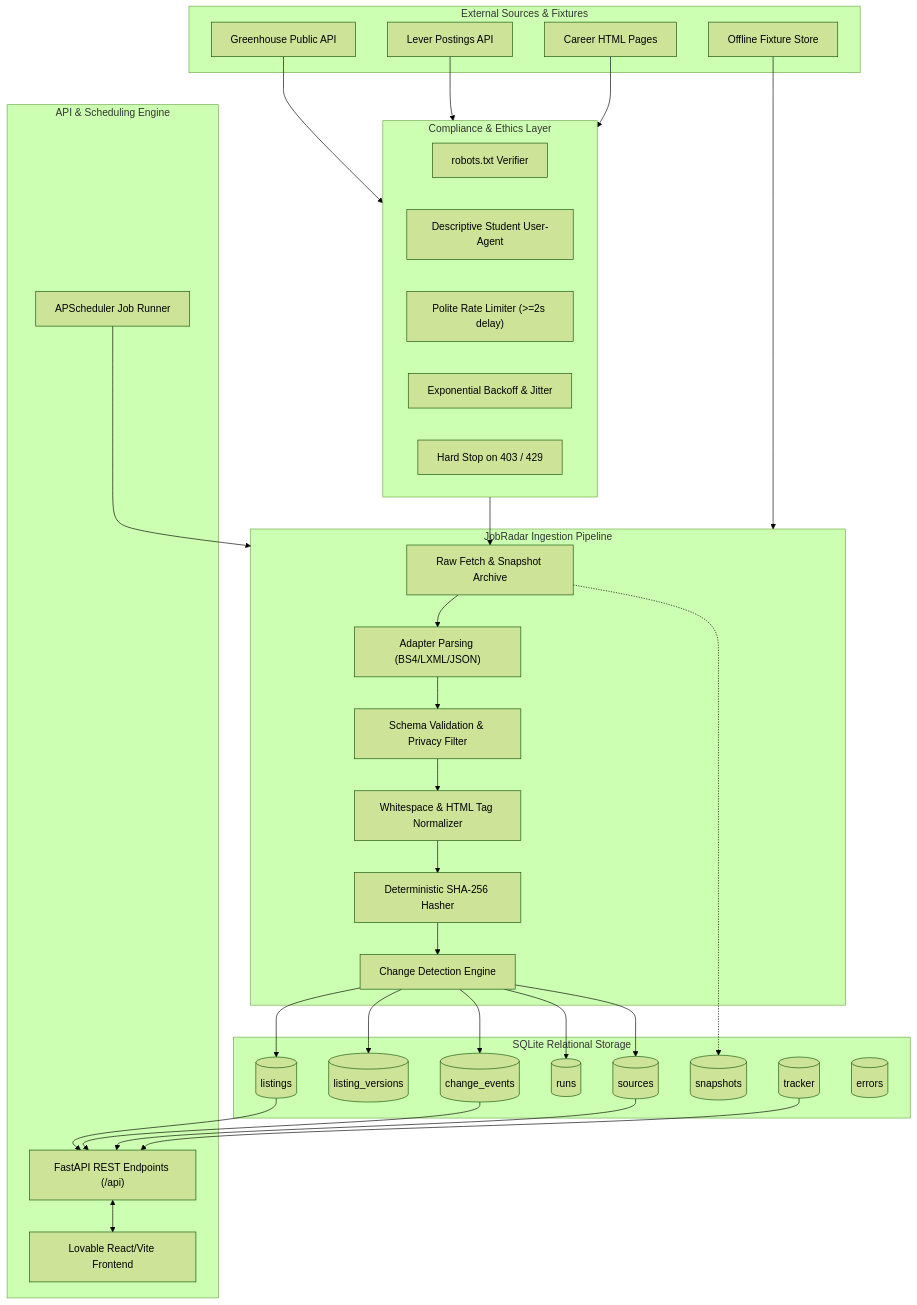
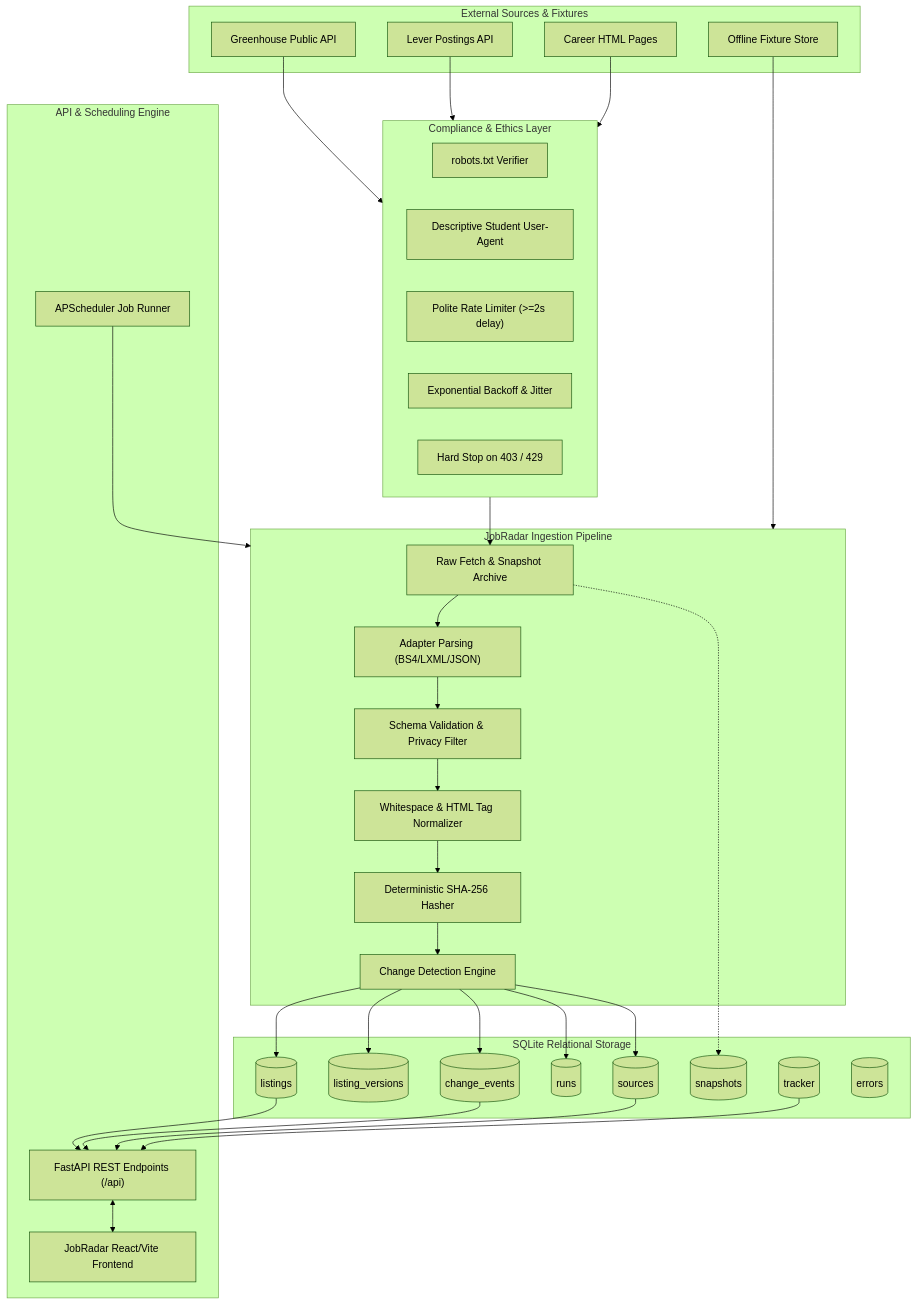
One commit to KARTHICK-3056/JobRadar changed the diagram in README.md. Above: the diagram before and after it, drawn with Mermaid (forest theme). The commit also changed other lines of this file and 39 other files, not shown here.

Commit message:
chore: remove all lovable and hireline branding, add custom JobRadar favicons and metadata

````diff
--- a/README.md
+++ b/README.md
@@ -11,65 +11,65 @@
 ```mermaid
 flowchart TD
     subgraph Upstream["External Sources & Fixtures"]
         GH["Greenhouse Public API"]
         LEV["Lever Postings API"]
         HTML["Career HTML Pages"]
         FIX["Offline Fixture Store"]
     end
 
     subgraph Compliance["Compliance & Ethics Layer"]
         RP["robots.txt Verifier"]
         UA["Descriptive Student User-Agent"]
         RL["Polite Rate Limiter (>=2s delay)"]
         BO["Exponential Backoff & Jitter"]
         STOP["Hard Stop on 403 / 429"]
     end
 
     subgraph Pipeline["JobRadar Ingestion Pipeline"]
         FETCH["Raw Fetch & Snapshot Archive"]
         PARSE["Adapter Parsing (BS4/LXML/JSON)"]
         VAL["Schema Validation & Privacy Filter"]
         NORM["Whitespace & HTML Tag Normalizer"]
         HASH["Deterministic SHA-256 Hasher"]
         DIFF["Change Detection Engine"]
     end
 
     subgraph Storage["SQLite Relational Storage"]
         DB_SOURCES[("sources")]
         DB_RUNS[("runs")]
         DB_SNAPS[("snapshots")]
         DB_LISTINGS[("listings")]
         DB_VERSIONS[("listing_versions")]
         DB_EVENTS[("change_events")]
         DB_TRACKER[("tracker")]
         DB_ERRORS[("errors")]
     end
 
     subgraph Delivery["API & Scheduling Engine"]
         SCHED["APScheduler Job Runner"]
         API["FastAPI REST Endpoints (/api)"]
-        UI["Lovable React/Vite Frontend"]
+        UI["JobRadar React/Vite Frontend"]
     end
 
     GH --> Compliance
     LEV --> Compliance
     HTML --> Compliance
     FIX --> Pipeline
 
     Compliance --> FETCH
     FETCH --> PARSE --> VAL --> NORM --> HASH --> DIFF
 
     FETCH -.-> DB_SNAPS
     DIFF --> DB_LISTINGS
     DIFF --> DB_VERSIONS
     DIFF --> DB_EVENTS
     DIFF --> DB_RUNS
     DIFF --> DB_SOURCES
 
     SCHED --> Pipeline
     DB_LISTINGS --> API
     DB_EVENTS --> API
     DB_TRACKER --> API
     DB_SOURCES --> API
     API <--> UI
 ```
````
